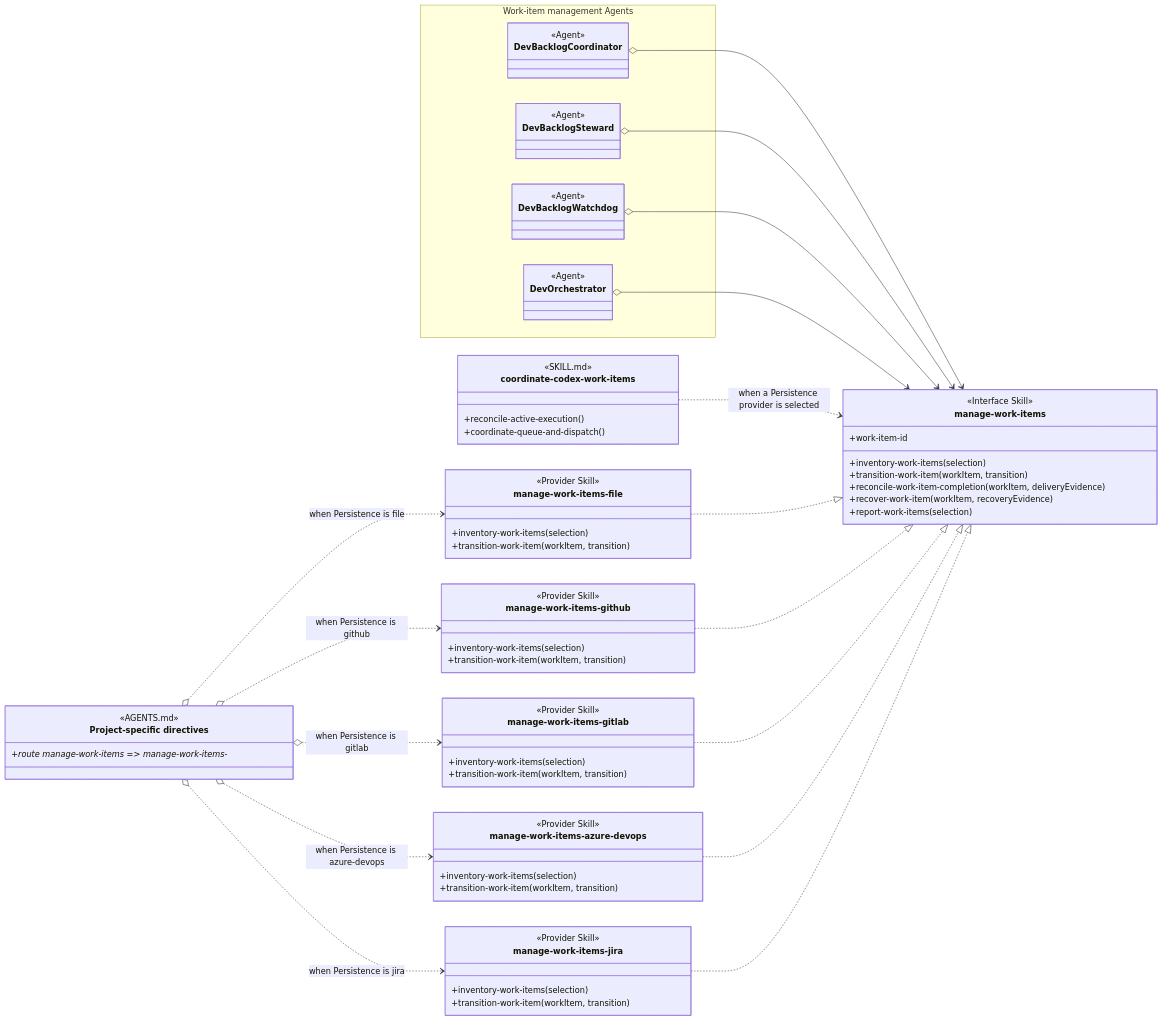
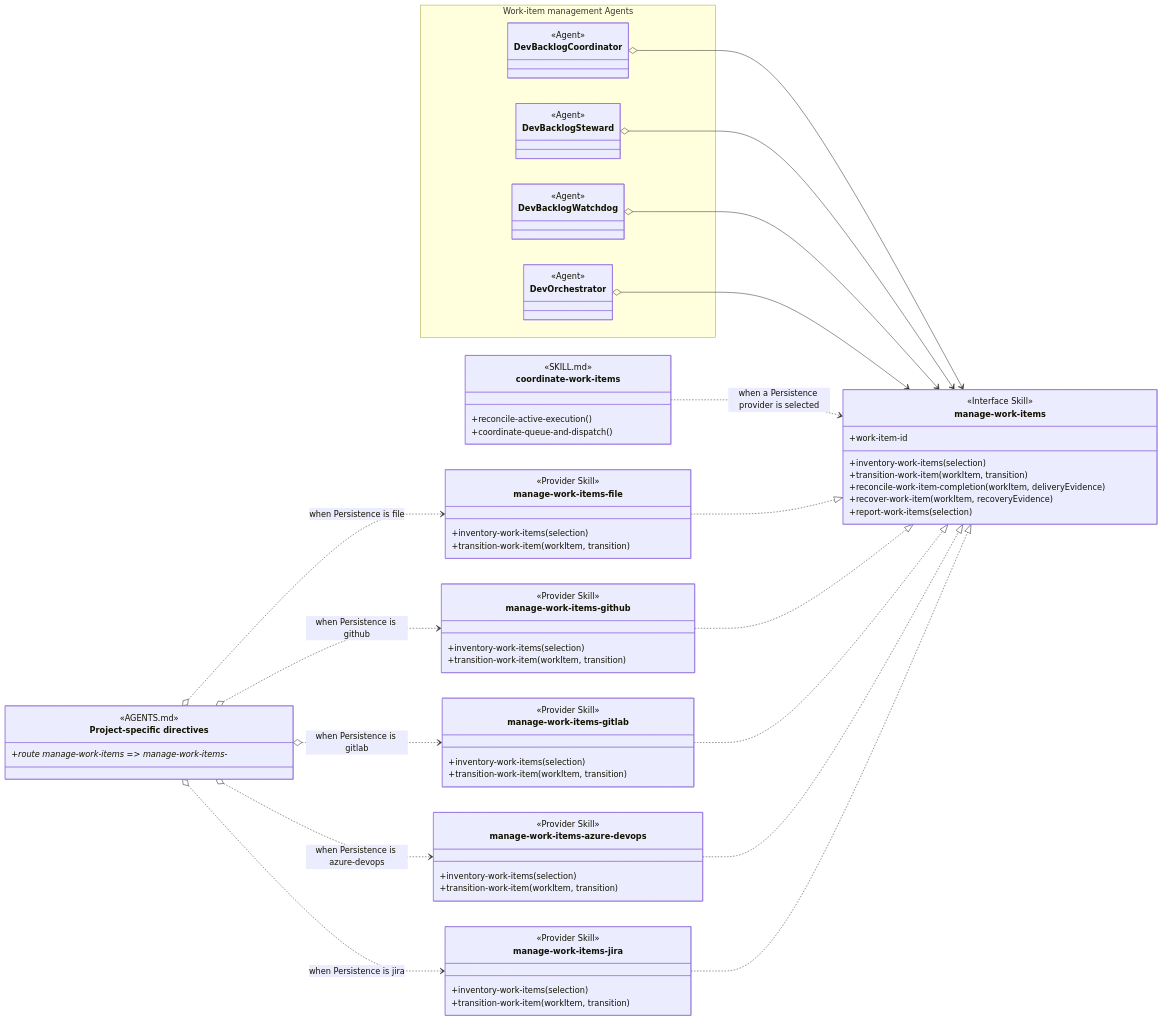
The third of 5 diagrams in design/skill-groups/backlog-management.md (martinbechard/dev-methodology), drawn with Mermaid before and after one commit. The commit also changed other lines of this file and 59 other files, not shown here.

First line of the commit message:
Integrate portable work-item coordination split

```diff
--- a/design/skill-groups/backlog-management.md
+++ b/design/skill-groups/backlog-management.md
@@ -142,7 +142,7 @@
         }
     }
 
-    class coordinate-codex-work-items {
+    class coordinate-work-items {
         <<SKILL.md>>
         <<Cross-group>>
         +reconcile-active-execution()
@@ -192,7 +192,7 @@
     DevBacklogSteward o--> ManageWorkItem
     DevBacklogWatchdog o--> ManageWorkItem
     DevOrchestrator o--> ManageWorkItem
-    coordinate-codex-work-items ..> ManageWorkItem : when a Persistence provider is selected
+    coordinate-work-items ..> ManageWorkItem : when a Persistence provider is selected
 
     ProjectSpecificDirectives o..> manage-work-items-file : when Persistence is file
     ProjectSpecificDirectives o..> manage-work-items-github : when Persistence is github
```
